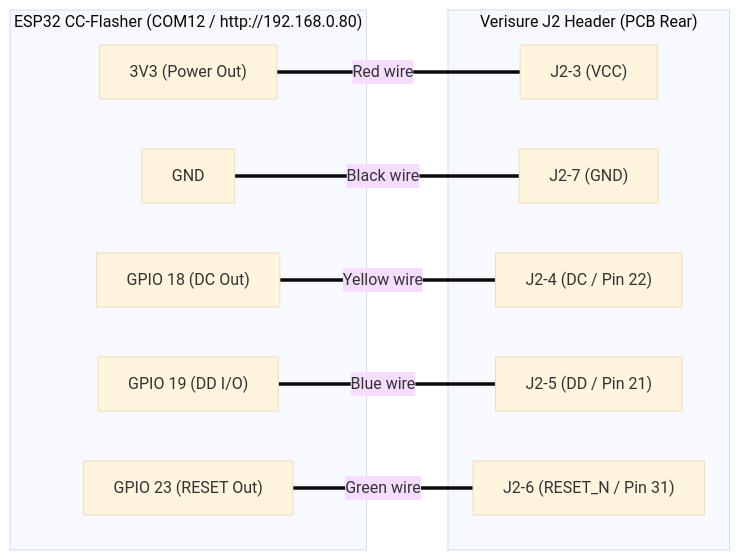
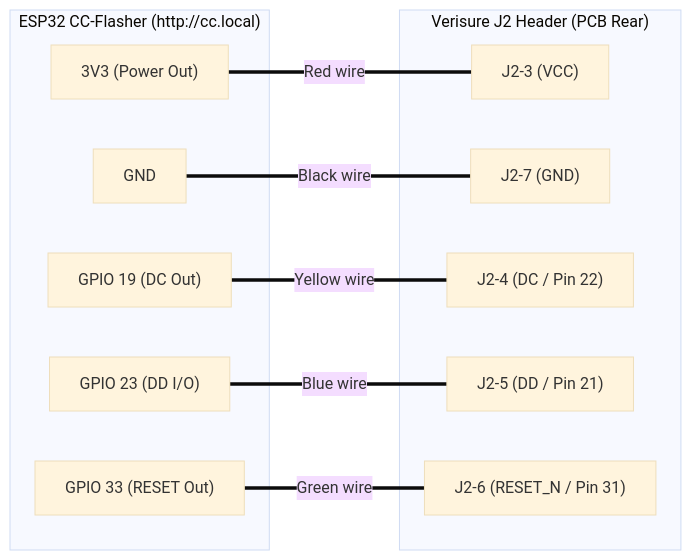
The diagram in documentation/hardware_cc_flasher.md (BonBear/open-verisure), drawn with Mermaid (base theme) before and after one commit. The commit also changed other lines of this file and 8 other files, not shown here.

````diff
--- a/documentation/hardware_cc_flasher.md
+++ b/documentation/hardware_cc_flasher.md
@@ -36,24 +36,24 @@
 ```mermaid
 flowchart LR
-    subgraph FLASHER["ESP32 CC-Flasher (COM12 / http://192.168.0.80)"]
+    subgraph FLASHER["ESP32 CC-Flasher (http://cc.local)"]
         F3V3["3V3 (Power Out)"]
         FGND["GND"]
-        FDC["GPIO 18 (DC Out)"]
-        FDD["GPIO 19 (DD I/O)"]
-        FRST["GPIO 23 (RESET Out)"]
+        FDC["GPIO 19 (DC Out)"]
+        FDD["GPIO 23 (DD I/O)"]
+        FRST["GPIO 33 (RESET Out)"]
     end
 
     subgraph J2["Verisure J2 Header (PCB Rear)"]
         J3["J2-3 (VCC)"]
         J7["J2-7 (GND)"]
         J4["J2-4 (DC / Pin 22)"]
         J5["J2-5 (DD / Pin 21)"]
         J6["J2-6 (RESET_N / Pin 31)"]
     end
 
     F3V3 ===|Red wire| J3
     FGND ===|Black wire| J7
     FDC ===|Yellow wire| J4
     FDD ===|Blue wire| J5
     FRST ===|Green wire| J6
 ```
````
